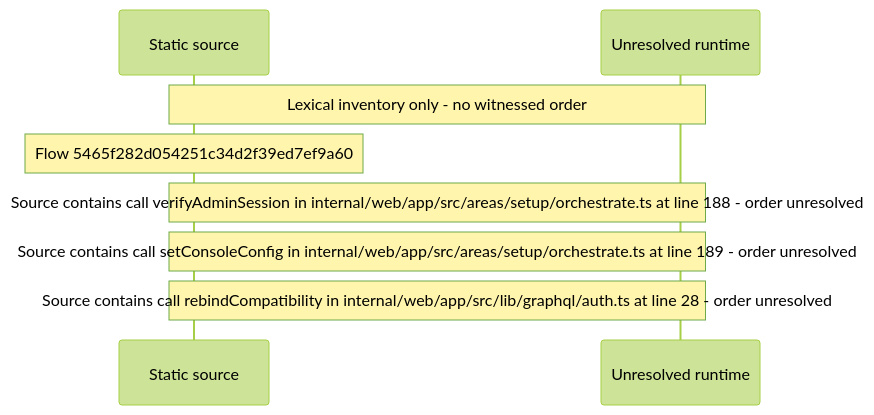
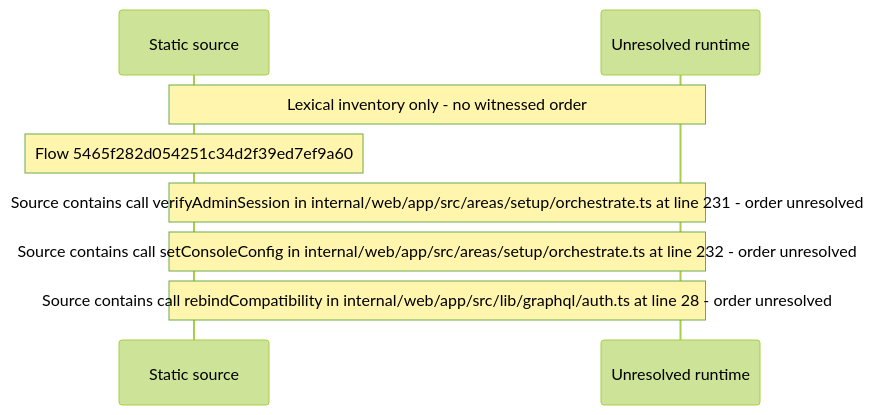
Before and after one commit to beamfall/core: the diagram in docs/web/flows/generated/5465f282d054251c34d2f39ed7ef9a60/flow-diagram.md, drawn with Mermaid (forest theme). The commit also changed other lines of this file and 714 other files, not shown here.

Commit message:
Regenerate the web flow record on the batch 5 head (CORE-1762)

````diff
--- a/docs/web/flows/generated/5465f282d054251c34d2f39ed7ef9a60/flow-diagram.md
+++ b/docs/web/flows/generated/5465f282d054251c34d2f39ed7ef9a60/flow-diagram.md
@@ -10,10 +10,10 @@
 ```mermaid
 sequenceDiagram
     participant S as Static source
     participant U as Unresolved runtime
     Note over S,U: Lexical inventory only - no witnessed order
     Note over S: Flow 5465f282d054251c34d2f39ed7ef9a60
-    Note over S,U: Source contains call verifyAdminSession in internal/web/app/src/areas/setup/orchestrate.ts at line 188 - order unresolved
-    Note over S,U: Source contains call setConsoleConfig in internal/web/app/src/areas/setup/orchestrate.ts at line 189 - order unresolved
+    Note over S,U: Source contains call verifyAdminSession in internal/web/app/src/areas/setup/orchestrate.ts at line 231 - order unresolved
+    Note over S,U: Source contains call setConsoleConfig in internal/web/app/src/areas/setup/orchestrate.ts at line 232 - order unresolved
     Note over S,U: Source contains call rebindCompatibility in internal/web/app/src/lib/graphql/auth.ts at line 28 - order unresolved
 ```
````
